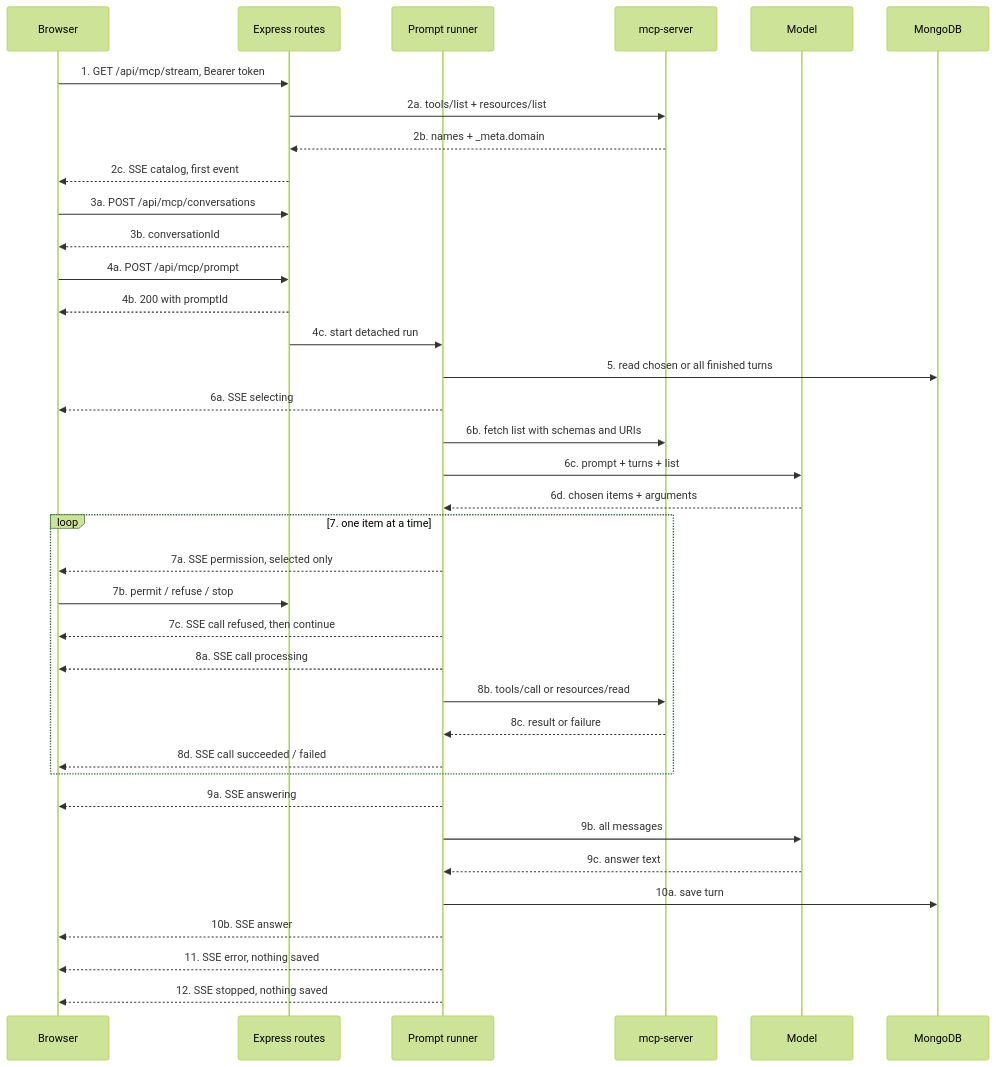
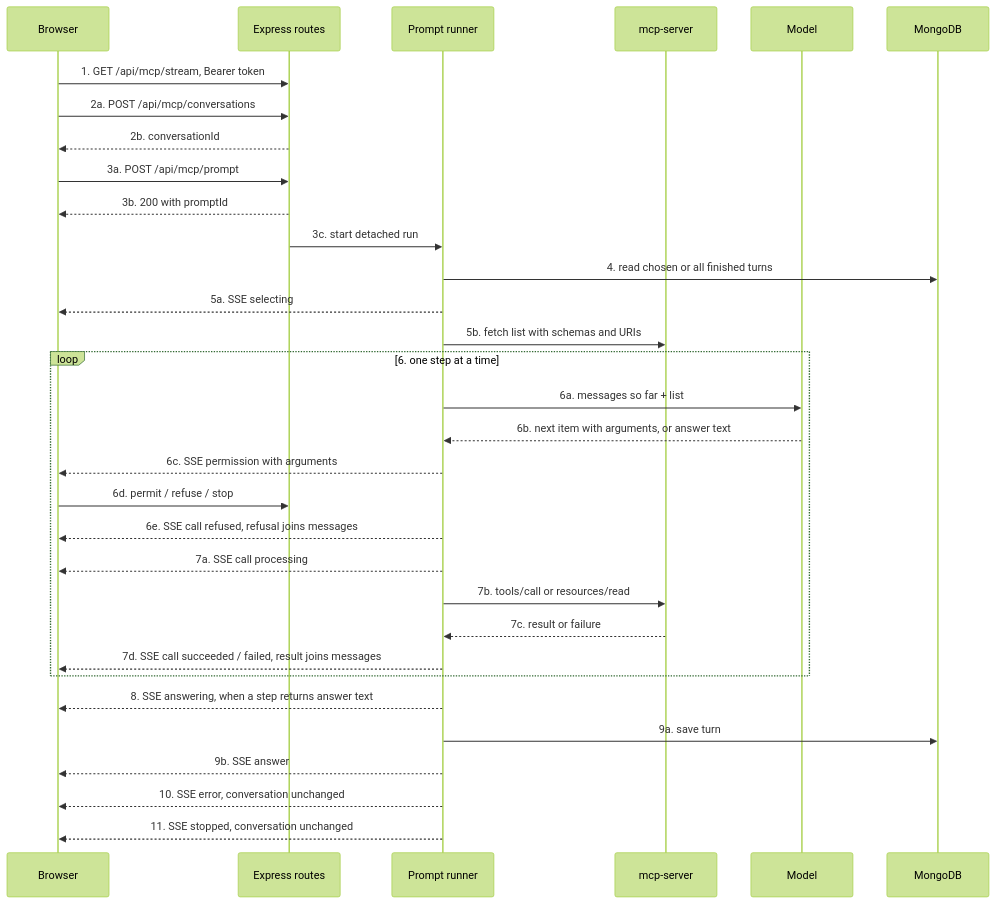
Before and after one commit to g-rosuson/fullstack-dashboard: the diagram in .cursor/plans/express_mcp_client_eb1378c6.plan.md, drawn with Mermaid (forest theme). The commit also changed other lines of this file and 9 other files, not shown here.

Commit message:
chore(mcp): update docs to reflect the model choosing the catalog

````diff
--- a/.cursor/plans/express_mcp_client_eb1378c6.plan.md
+++ b/.cursor/plans/express_mcp_client_eb1378c6.plan.md
@@ -40,40 +42,35 @@
 ```mermaid
 sequenceDiagram
     participant UI as Browser
     participant API as Express routes
     participant RUN as Prompt runner
     participant MCP as mcp-server
     participant LLM as Model
     participant DB as MongoDB
 
     UI->>API: 1. GET /api/mcp/stream, Bearer token
-    API->>MCP: 2a. tools/list + resources/list
-    MCP-->>API: 2b. names + _meta.domain
-    API-->>UI: 2c. SSE catalog, first event
-    UI->>API: 3a. POST /api/mcp/conversations
-    API-->>UI: 3b. conversationId
-    UI->>API: 4a. POST /api/mcp/prompt
-    API-->>UI: 4b. 200 with promptId
-    API->>RUN: 4c. start detached run
-    RUN->>DB: 5. read chosen or all finished turns
-    RUN-->>UI: 6a. SSE selecting
-    RUN->>MCP: 6b. fetch list with schemas and URIs
-    RUN->>LLM: 6c. prompt + turns + list
-    LLM-->>RUN: 6d. chosen items + arguments
-    loop 7. one item at a time
-        RUN-->>UI: 7a. SSE permission, selected only
-        UI->>API: 7b. permit / refuse / stop
-        RUN-->>UI: 7c. SSE call refused, then continue
-        RUN-->>UI: 8a. SSE call processing
-        RUN->>MCP: 8b. tools/call or resources/read
-        MCP-->>RUN: 8c. result or failure
-        RUN-->>UI: 8d. SSE call succeeded / failed
+    UI->>API: 2a. POST /api/mcp/conversations
+    API-->>UI: 2b. conversationId
+    UI->>API: 3a. POST /api/mcp/prompt
+    API-->>UI: 3b. 200 with promptId
+    API->>RUN: 3c. start detached run
+    RUN->>DB: 4. read chosen or all finished turns
+    RUN-->>UI: 5a. SSE selecting
+    RUN->>MCP: 5b. fetch list with schemas and URIs
+    loop 6. one step at a time
+        RUN->>LLM: 6a. messages so far + list
+        LLM-->>RUN: 6b. next item with arguments, or answer text
+        RUN-->>UI: 6c. SSE permission with arguments
+        UI->>API: 6d. permit / refuse / stop
+        RUN-->>UI: 6e. SSE call refused, refusal joins messages
+        RUN-->>UI: 7a. SSE call processing
+        RUN->>MCP: 7b. tools/call or resources/read
+        MCP-->>RUN: 7c. result or failure
+        RUN-->>UI: 7d. SSE call succeeded / failed, result joins messages
     end
-    RUN-->>UI: 9a. SSE answering
-    RUN->>LLM: 9b. all messages
-    LLM-->>RUN: 9c. answer text
-    RUN->>DB: 10a. save turn
-    RUN-->>UI: 10b. SSE answer
-    RUN-->>UI: 11. SSE error, nothing saved
-    RUN-->>UI: 12. SSE stopped, nothing saved
+    RUN-->>UI: 8. SSE answering, when a step returns answer text
+    RUN->>DB: 9a. save turn
+    RUN-->>UI: 9b. SSE answer
+    RUN-->>UI: 10. SSE error, conversation unchanged
+    RUN-->>UI: 11. SSE stopped, conversation unchanged
 ```
````
